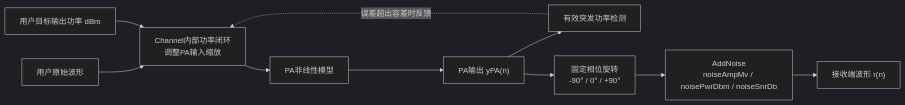
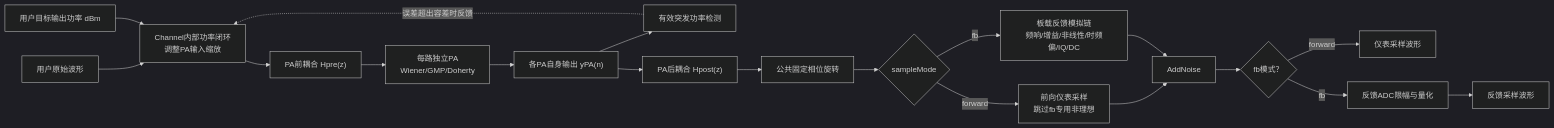
Before and after one commit to niyilu45/DPD_ILC: the first of 4 diagrams in doc/Channel.md, drawn with Mermaid (dark theme). The commit also changed other lines of this file and 16 other files, not shown here.

````diff
--- a/doc/Channel.md
+++ b/doc/Channel.md
@@ -7,12 +7,21 @@
 ```mermaid
 flowchart LR
     raw["用户原始波形"] --> calibration["Channel内部功率闭环<br/>调整PA输入缩放"]
     target["用户目标输出功率 dBm"] --> calibration
-    calibration --> pa["PA非线性模型"]
-    pa --> paOutput["PA输出 yPA(n)"]
+    calibration --> preCoupling["PA前耦合 Hpre(z)"]
+    preCoupling --> pa["每路独立PA<br/>Wiener/GMP/Doherty"]
+    pa --> paOutput["各PA自身输出 yPA(n)"]
     paOutput --> detector["有效突发功率检测"]
     detector -. "误差超出容差时反馈" .-> calibration
-    paOutput --> phase["固定相位旋转<br/>-90° / 0° / +90°"]
-    phase --> noise["AddNoise<br/>noiseAmpMv / noisePwrDbm / noiseSnrDb"]
-    noise --> receiver["接收端波形 r(n)"]
+    paOutput --> postCoupling["PA后耦合 Hpost(z)"]
+    postCoupling --> phase["公共固定相位旋转"]
+    phase --> mode{"sampleMode"}
+    mode -->|forward| instrument["前向仪表采样<br/>跳过fb专用非理想"]
+    mode -->|fb| fbAnalog["板载反馈模拟链<br/>频响/增益/非线性/时频偏/IQ/DC"]
+    instrument --> noise["AddNoise"]
+    fbAnalog --> noise
+    noise --> fbAdc{"fb模式？"}
+    fbAdc -->|forward| receiver["仪表采样波形"]
+    fbAdc -->|fb| adc["反馈ADC限幅与量化"]
+    adc --> receiverFb["反馈采样波形"]
 ```
````
